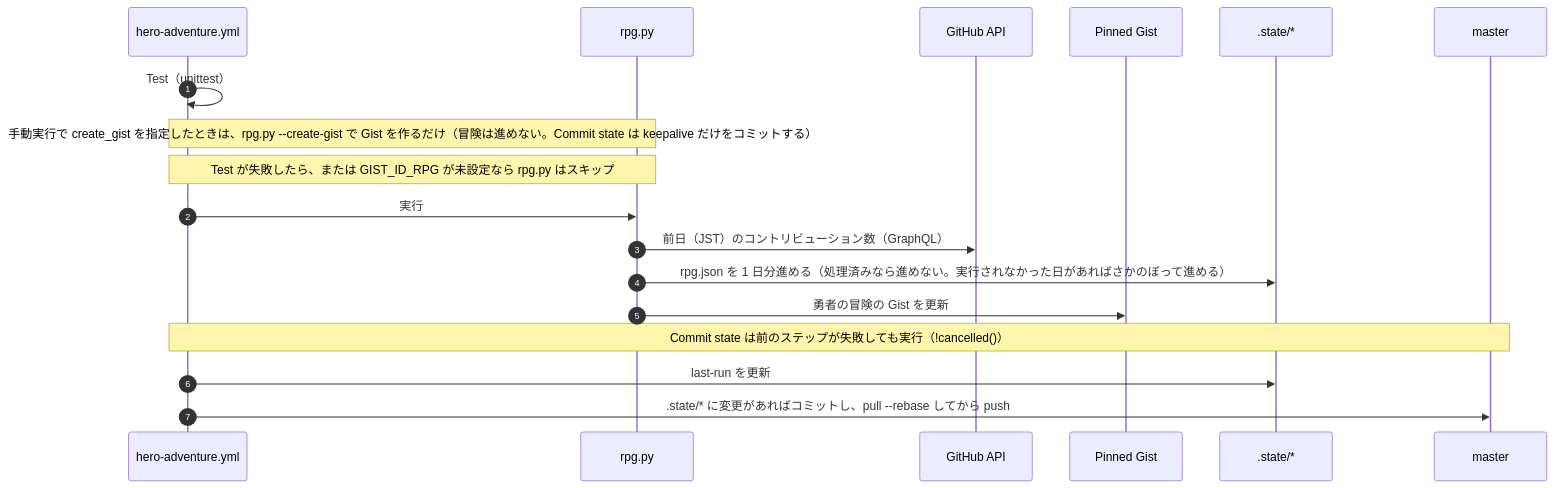
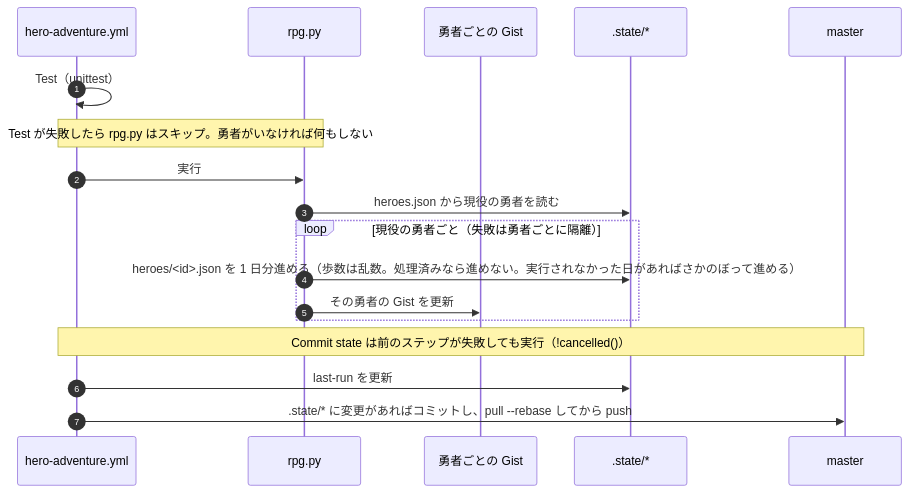
The second of 3 diagrams in docs/DATA_FLOW.md (ot-nemoto/cryepis), drawn with Mermaid before and after one commit. The commit also changed other lines of this file and 10 other files, not shown here.

````diff
--- a/docs/DATA_FLOW.md
+++ b/docs/DATA_FLOW.md
@@ -52,21 +64,21 @@
 ```mermaid
 sequenceDiagram
     autonumber
     participant WF as hero-adventure.yml
     participant RP as rpg.py
-    participant GH as GitHub API
-    participant G as Pinned Gist
+    participant G as 勇者ごとの Gist
     participant S as .state/*
     participant M as master
 
     WF->>WF: Test（unittest）
-    Note over WF,RP: 手動実行で create_gist を指定したときは、rpg.py --create-gist で Gist を作るだけ（冒険は進めない。Commit state は keepalive だけをコミットする）
-    Note over WF,RP: Test が失敗したら、または GIST_ID_RPG が未設定なら rpg.py はスキップ
+    Note over WF,RP: Test が失敗したら rpg.py はスキップ。勇者がいなければ何もしない
     WF->>RP: 実行
-    RP->>GH: 前日（JST）のコントリビューション数（GraphQL）
-    RP->>S: rpg.json を 1 日分進める（処理済みなら進めない。実行されなかった日があればさかのぼって進める）
-    RP->>G: 勇者の冒険の Gist を更新
+    RP->>S: heroes.json から現役の勇者を読む
+    loop 現役の勇者ごと（失敗は勇者ごとに隔離）
+        RP->>S: heroes/<id>.json を 1 日分進める（歩数は乱数。処理済みなら進めない。実行されなかった日があればさかのぼって進める）
+        RP->>G: その勇者の Gist を更新
+    end
     Note over WF,M: Commit state は前のステップが失敗しても実行（!cancelled()）
     WF->>S: last-run を更新
     WF->>M: .state/* に変更があればコミットし、pull --rebase してから push
 ```
````
